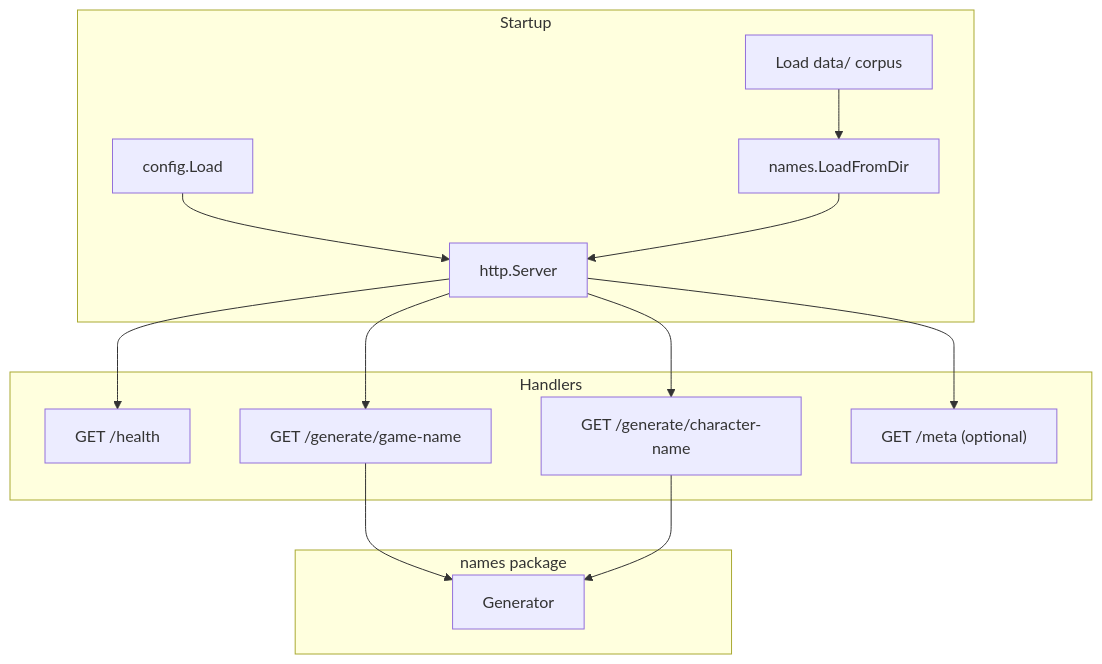
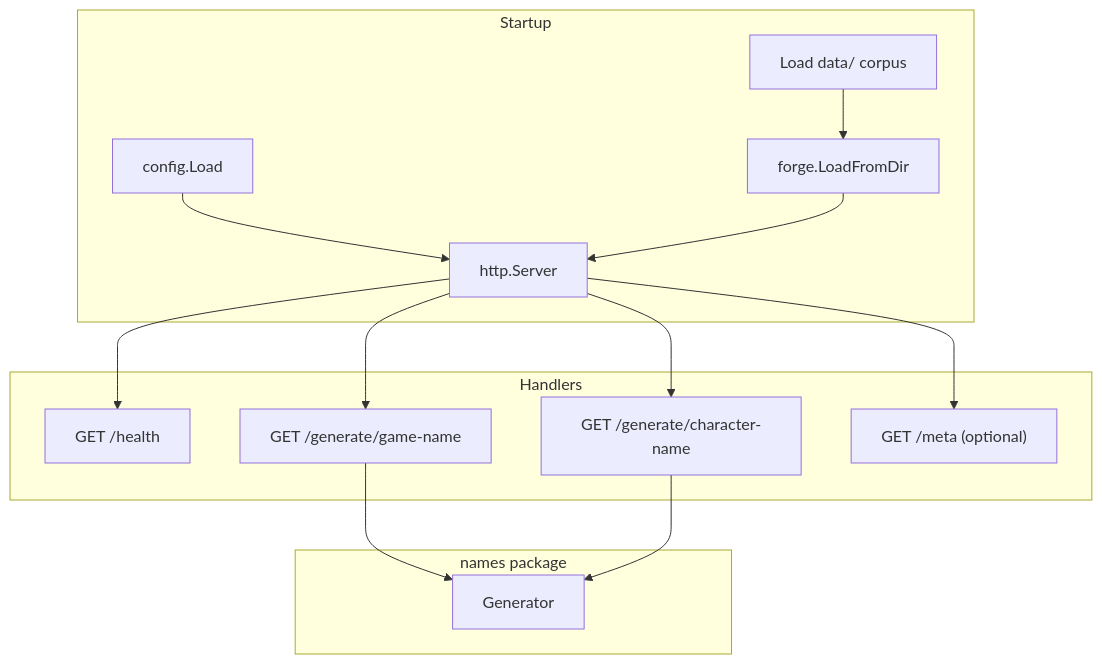
The diagram in planning/HTTP-API.md (ridespirals/vargames-name-gen), drawn with Mermaid before and after one commit. The commit also changed other lines of this file and 14 other files, not shown here.

First line of the commit message:
Rebrand package from "Names" to "Forge"

````diff
--- a/planning/HTTP-API.md
+++ b/planning/HTTP-API.md
@@ -24,22 +24,22 @@
 ```mermaid
 flowchart TB
   subgraph startup [Startup]
     Config[config.Load]
   DataDir[Load data/ corpus]
-  Names[names.LoadFromDir]
+  Names[forge.LoadFromDir]
   Config --> Server
   DataDir --> Names --> Server[http.Server]
   end
 
   subgraph handlers [Handlers]
     Server --> Health["GET /health"]
     Server --> Game["GET /generate/game-name"]
     Server --> Char["GET /generate/character-name"]
     Server --> Meta["GET /meta (optional)"]
   end
 
   subgraph names_pkg [names package]
     Game --> Gen[Generator]
     Char --> Gen
   end
 ```
````
